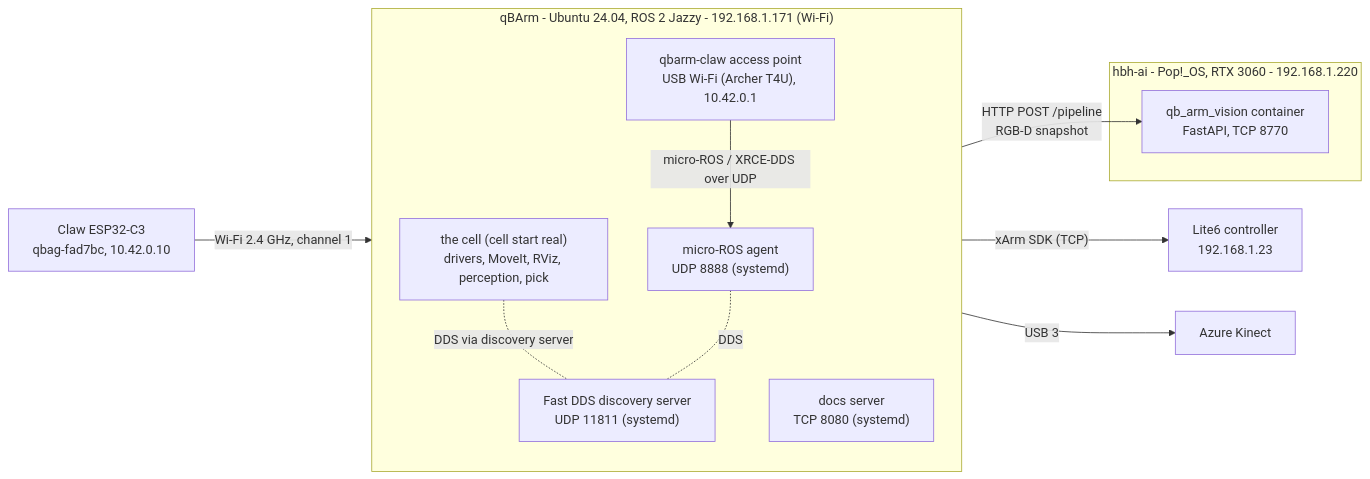
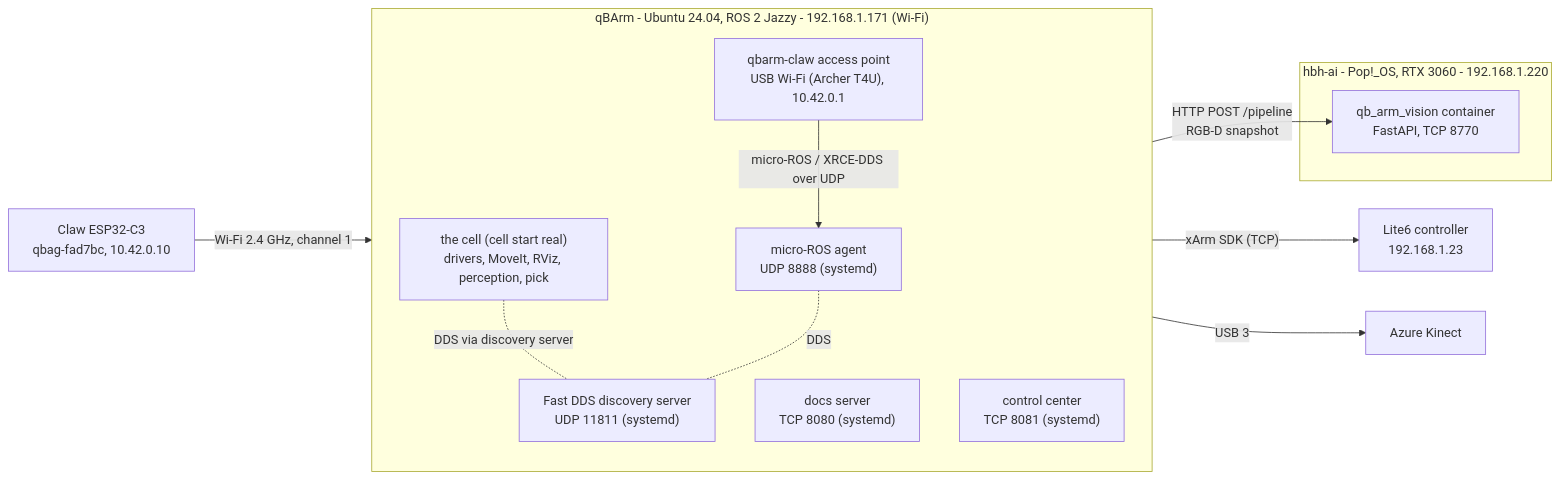
One commit to whoobee/qb_arm_install changed the second of 7 diagrams in docs/pages/02-architecture.md. Above: the diagram before and after it, drawn with Mermaid. The commit also changed 5 other files, not shown here.

First line of the commit message:
Control center service (port 8081) in the installer; docs

````diff
--- a/docs/pages/02-architecture.md
+++ b/docs/pages/02-architecture.md
@@ -31,24 +31,25 @@
 ```mermaid
 flowchart LR
     subgraph qbarm["qBArm - Ubuntu 24.04, ROS 2 Jazzy - 192.168.1.171 (Wi-Fi)"]
         direction TB
         DS["Fast DDS discovery server<br/>UDP 11811 (systemd)"]
         MRA["micro-ROS agent<br/>UDP 8888 (systemd)"]
         CELL["the cell (cell start real)<br/>drivers, MoveIt, RViz, perception, pick"]
         DOC["docs server<br/>TCP 8080 (systemd)"]
+        CTL["control center<br/>TCP 8081 (systemd)"]
         AP["qbarm-claw access point<br/>USB Wi-Fi (Archer T4U), 10.42.0.1"]
     end
     subgraph gpu["hbh-ai - Pop!_OS, RTX 3060 - 192.168.1.220"]
         SRV["qb_arm_vision container<br/>FastAPI, TCP 8770"]
     end
     ARM["Lite6 controller<br/>192.168.1.23"]
     ESP["Claw ESP32-C3<br/>qbag-fad7bc, 10.42.0.10"]
     KIN["Azure Kinect"]
     CELL -- "xArm SDK (TCP)" --> ARM
     CELL -- "USB 3" --> KIN
     CELL -- "HTTP POST /pipeline<br/>RGB-D snapshot" --> SRV
     ESP -- "Wi-Fi 2.4 GHz, channel 1" --> AP
     AP -- "micro-ROS / XRCE-DDS over UDP" --> MRA
     CELL -. "DDS via discovery server" .- DS
     MRA -. "DDS" .- DS
 ```
````
